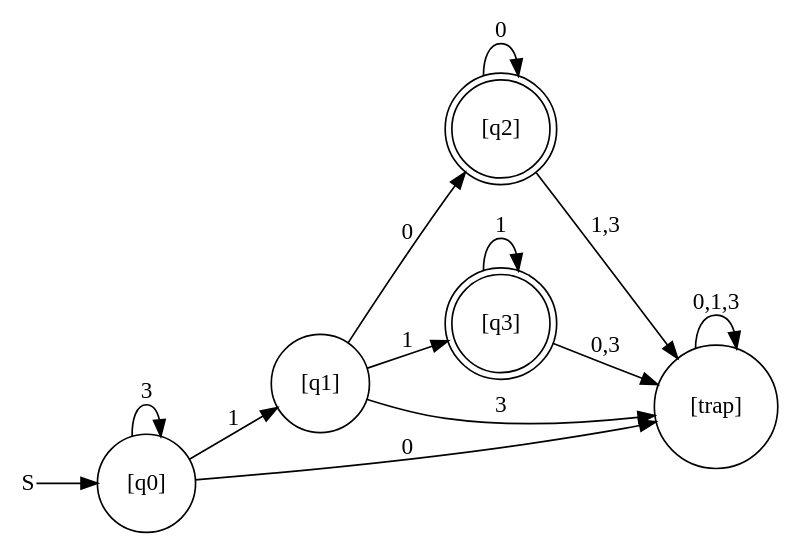
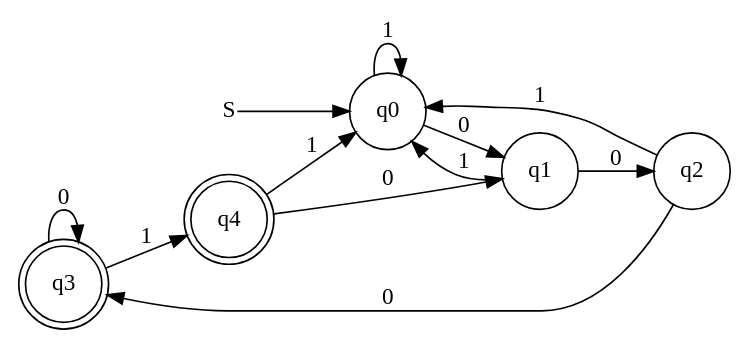
The diagram in out.dot (Goodhao/automaton), drawn with Graphviz before and after one commit. The commit also changed 17 other files, not shown here.

```diff
--- a/out.dot
+++ b/out.dot
@@ -1,20 +1,19 @@
 digraph cinite_state_machine {
 rankdir=LR;
 size="50,50"
-node [shape = doublecircle]; "[q2]" "[q3]" ;
-node [shape = circle]; "[q0]";
+node [shape = doublecircle]; q3 q4 ;
+node [shape = circle]; q0;
 node [shape = plain]; "S";
-"S" -> "[q0]";
+"S" -> q0;
 node [shape = circle];
-"[q0]" -> "[q0]" [label = "3"];
-"[q0]" -> "[q1]" [label = "1"];
-"[q0]" -> "[trap]" [label = "0"];
-"[q1]" -> "[q2]" [label = "0"];
-"[q1]" -> "[q3]" [label = "1"];
-"[q1]" -> "[trap]" [label = "3"];
-"[q2]" -> "[q2]" [label = "0"];
-"[q2]" -> "[trap]" [label = "1,3"];
-"[q3]" -> "[q3]" [label = "1"];
-"[q3]" -> "[trap]" [label = "0,3"];
-"[trap]" -> "[trap]" [label = "0,1,3"];
+q0 -> q0 [label = "1"];
+q0 -> q1 [label = "0"];
+q1 -> q0 [label = "1"];
+q1 -> q2 [label = "0"];
+q2 -> q0 [label = "1"];
+q2 -> q3 [label = "0"];
+q3 -> q3 [label = "0"];
+q3 -> q4 [label = "1"];
+q4 -> q0 [label = "1"];
+q4 -> q1 [label = "0"];
 }
```
